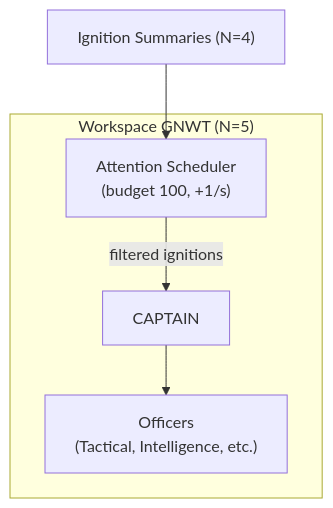
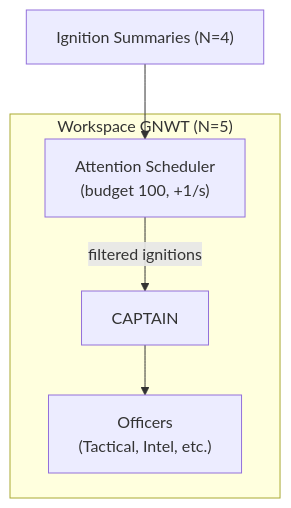
The fifth of 9 diagrams in architecture/architecture.md (AlainCo/GNWT-Garrigue-X-en), drawn with Mermaid before and after one commit. The commit also changed other lines of this file and 17 other files, not shown here.

````diff
--- a/architecture/architecture.md
+++ b/architecture/architecture.md
@@ -100,12 +100,12 @@
 ```mermaid
 flowchart TD
     subgraph Workspace ["Workspace GNWT (N=5)"]
         Sched["Attention Scheduler\n(budget 100, +1/s)"]
         Capitaine["CAPTAIN"]
-        Officiers["Officers\n(Tactical, Intelligence, etc.)"]
+        Officiers["Officers\n(Tactical, Intel, etc.)"]
     end
 
-    N4["Ignition Summaries (N=4)"] --> Sched
+    SousN4["Ignition Summaries (N=4)"] --> Sched
     Sched -->|"filtered ignitions"| Capitaine
     Capitaine --> Officiers
 ```
````
